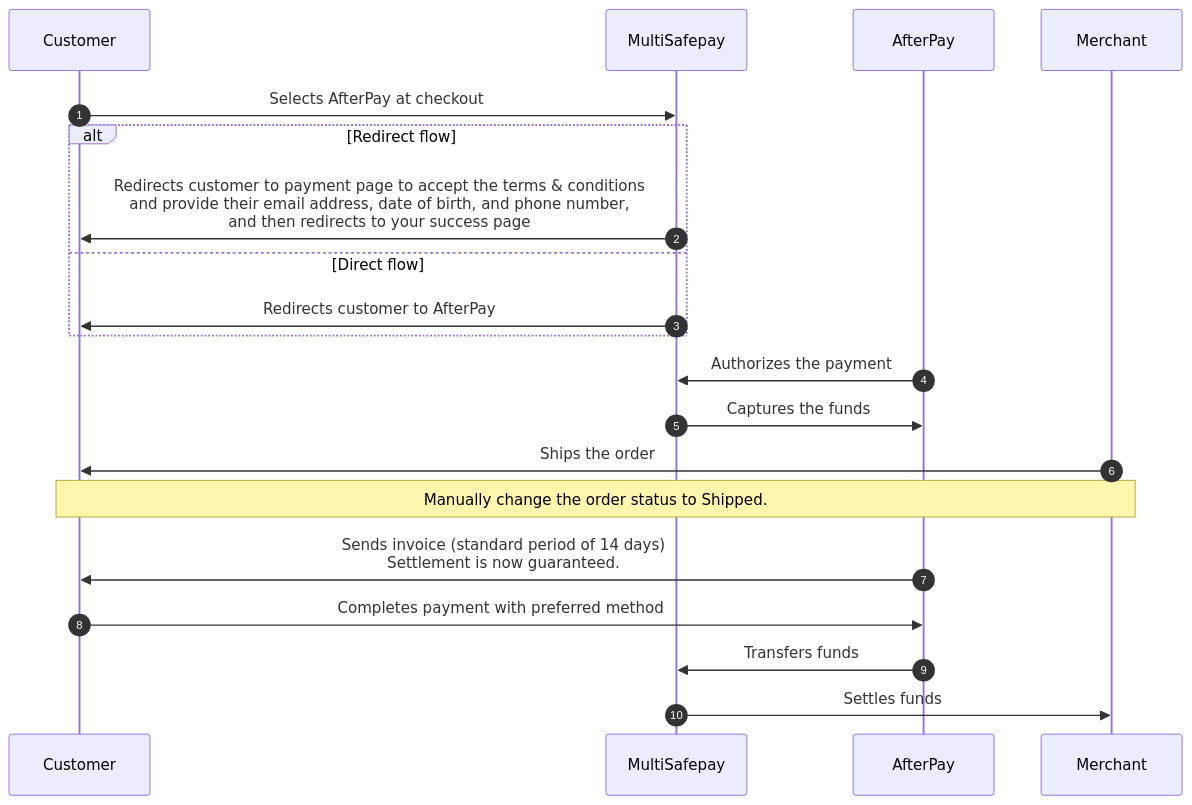
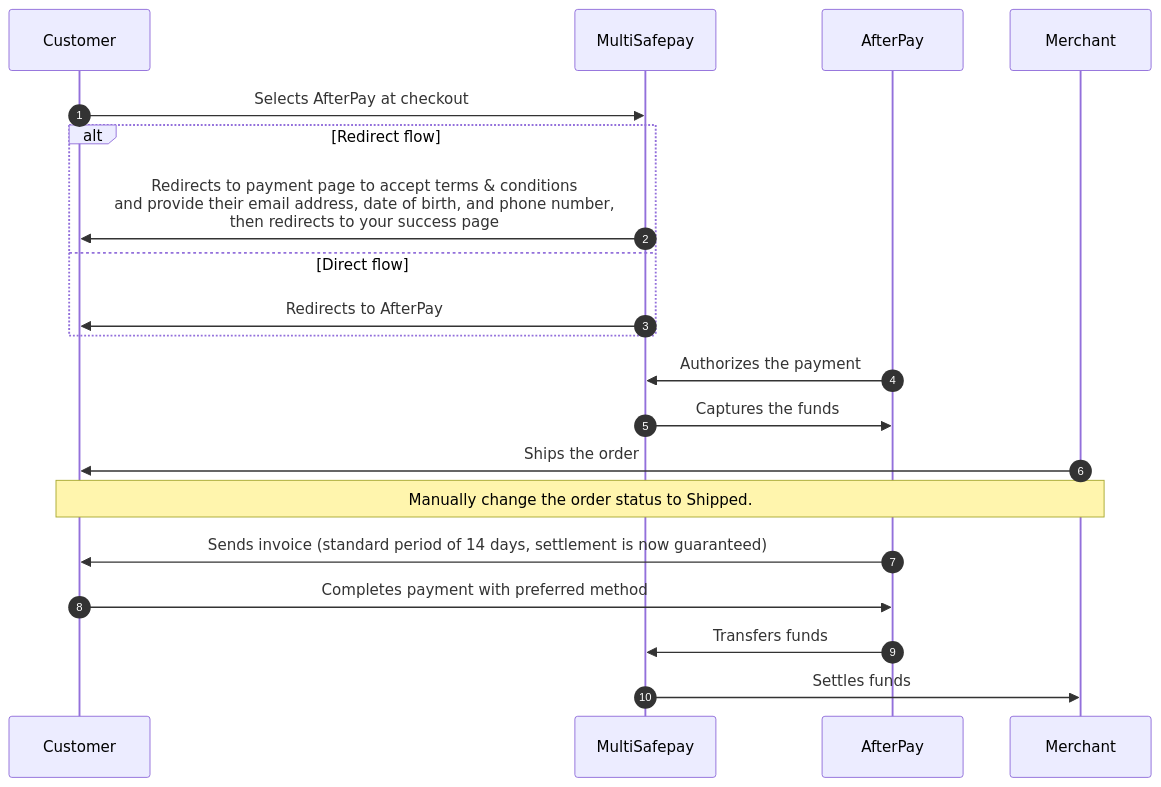
One commit to MultiSafepay/docs changed the diagram in content/payments/methods/pay-later/afterpay/payment-flow.md. Above: the diagram before and after it, drawn with Mermaid. The commit also changed other lines of this file and 35 other files, not shown here.

```diff
--- a/content/payments/methods/pay-later/afterpay/payment-flow.md
+++ b/content/payments/methods/pay-later/afterpay/payment-flow.md
@@ -17,25 +17,25 @@
 {{< mermaid class="text-center" >}}
 
 sequenceDiagram
     autonumber
     participant C as Customer
     participant Mu as MultiSafepay
     participant A as AfterPay
     participant Me as Merchant
 
     C->>Mu: Selects AfterPay at checkout
     alt Redirect flow
-    Mu->>C: Redirects customer to payment page to accept the terms & conditions <br> and provide their email address, date of birth, and phone number, <br> and then redirects to your success page
+    Mu->>C: Redirects to payment page to accept terms & conditions <br> and provide their email address, date of birth, and phone number, <br> then redirects to your success page
     else Direct flow
-    Mu->>C: Redirects customer to AfterPay
+    Mu->>C: Redirects to AfterPay
     end
     A->>Mu: Authorizes the payment
     Mu->>A: Captures the funds
     Me->>C: Ships the order
     Note over Me,C: Manually change the order status to Shipped. 
-    A->>C: Sends invoice (standard period of 14 days) <br> Settlement is now guaranteed.
+    A->>C: Sends invoice (standard period of 14 days, settlement is now guaranteed)
     C->>A: Completes payment with preferred method
     A->>Mu: Transfers funds 
     Mu->>Me: Settles funds
 
 {{< /mermaid >}}
```
